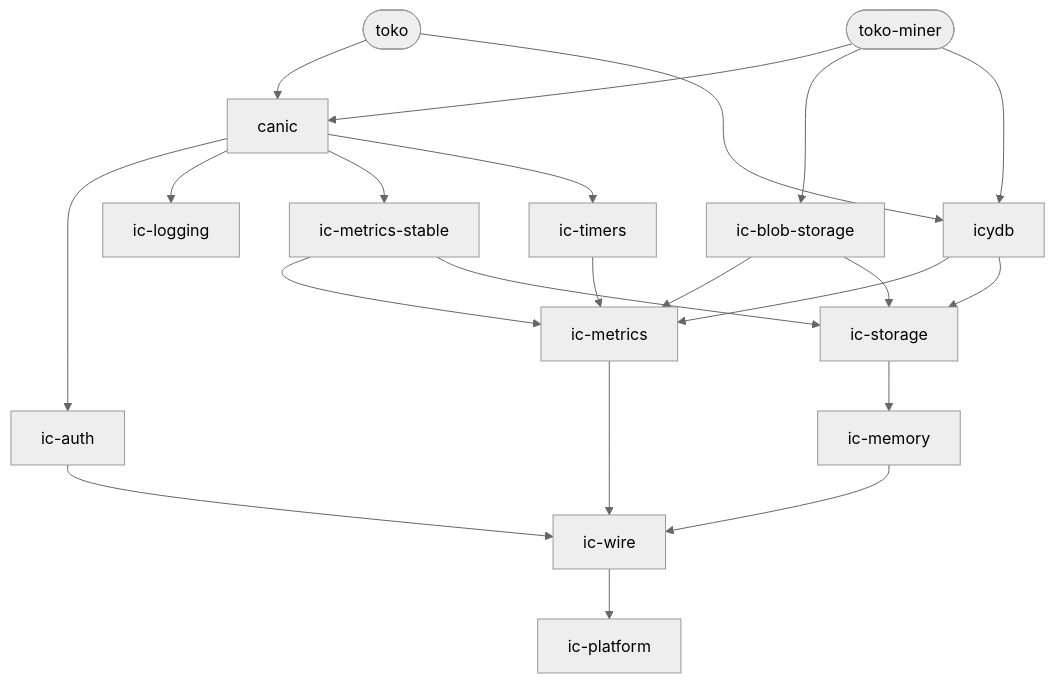
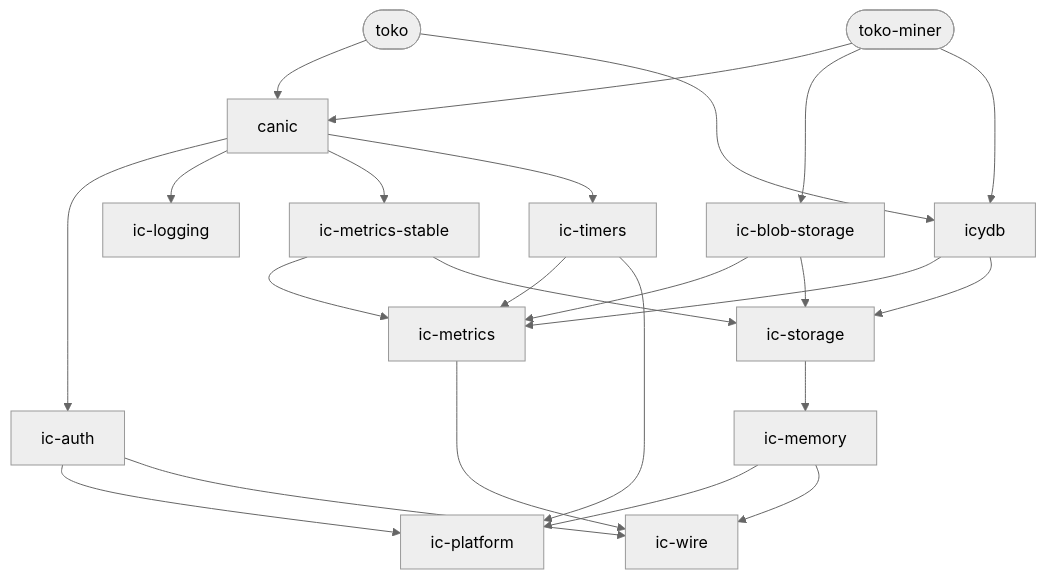
Before and after one commit to dragginzgame/shared-tooling: the diagram in README.md, drawn with Mermaid (neutral theme). The commit also changed 8 other files, not shown here.

````diff
--- a/README.md
+++ b/README.md
@@ -29,38 +29,40 @@
 ```mermaid
 flowchart TD
     p_app_3atoko(["toko"])
     p_app_3atoko_2dminer(["toko-miner"])
     p_canic_7ccargo_3acanic["canic"]
     p_ic_2dauth_7ccargo_3aic_2dauth["ic-auth"]
     p_ic_2dblob_2dstorage_7ccargo_3aic_2dblob_2dstorage["ic-blob-storage"]
     p_ic_2dobservability_7ccargo_3aic_2dlogging["ic-logging"]
     p_ic_2dobservability_7ccargo_3aic_2dmetrics["ic-metrics"]
     p_ic_2dpersistence_7ccargo_3aic_2dmemory["ic-memory"]
     p_ic_2dpersistence_7ccargo_3aic_2dmetrics_2dstable["ic-metrics-stable"]
     p_ic_2dpersistence_7ccargo_3aic_2dstorage["ic-storage"]
     p_ic_2dplatform_7ccargo_3aic_2dplatform["ic-platform"]
     p_ic_2dscheduling_7ccargo_3aic_2dtimers["ic-timers"]
     p_ic_2dwire_7ccargo_3aic_2dwire["ic-wire"]
     p_icydb_7ccargo_3aicydb["icydb"]
     p_app_3atoko --> p_canic_7ccargo_3acanic
     p_app_3atoko --> p_icydb_7ccargo_3aicydb
     p_app_3atoko_2dminer --> p_canic_7ccargo_3acanic
     p_app_3atoko_2dminer --> p_ic_2dblob_2dstorage_7ccargo_3aic_2dblob_2dstorage
     p_app_3atoko_2dminer --> p_icydb_7ccargo_3aicydb
     p_canic_7ccargo_3acanic --> p_ic_2dauth_7ccargo_3aic_2dauth
     p_canic_7ccargo_3acanic --> p_ic_2dobservability_7ccargo_3aic_2dlogging
     p_canic_7ccargo_3acanic --> p_ic_2dpersistence_7ccargo_3aic_2dmetrics_2dstable
     p_canic_7ccargo_3acanic --> p_ic_2dscheduling_7ccargo_3aic_2dtimers
+    p_ic_2dauth_7ccargo_3aic_2dauth --> p_ic_2dplatform_7ccargo_3aic_2dplatform
     p_ic_2dauth_7ccargo_3aic_2dauth --> p_ic_2dwire_7ccargo_3aic_2dwire
     p_ic_2dblob_2dstorage_7ccargo_3aic_2dblob_2dstorage --> p_ic_2dobservability_7ccargo_3aic_2dmetrics
     p_ic_2dblob_2dstorage_7ccargo_3aic_2dblob_2dstorage --> p_ic_2dpersistence_7ccargo_3aic_2dstorage
     p_ic_2dobservability_7ccargo_3aic_2dmetrics --> p_ic_2dwire_7ccargo_3aic_2dwire
+    p_ic_2dpersistence_7ccargo_3aic_2dmemory --> p_ic_2dplatform_7ccargo_3aic_2dplatform
     p_ic_2dpersistence_7ccargo_3aic_2dmemory --> p_ic_2dwire_7ccargo_3aic_2dwire
     p_ic_2dpersistence_7ccargo_3aic_2dmetrics_2dstable --> p_ic_2dobservability_7ccargo_3aic_2dmetrics
     p_ic_2dpersistence_7ccargo_3aic_2dmetrics_2dstable --> p_ic_2dpersistence_7ccargo_3aic_2dstorage
     p_ic_2dpersistence_7ccargo_3aic_2dstorage --> p_ic_2dpersistence_7ccargo_3aic_2dmemory
     p_ic_2dscheduling_7ccargo_3aic_2dtimers --> p_ic_2dobservability_7ccargo_3aic_2dmetrics
-    p_ic_2dwire_7ccargo_3aic_2dwire --> p_ic_2dplatform_7ccargo_3aic_2dplatform
+    p_ic_2dscheduling_7ccargo_3aic_2dtimers --> p_ic_2dplatform_7ccargo_3aic_2dplatform
     p_icydb_7ccargo_3aicydb --> p_ic_2dobservability_7ccargo_3aic_2dmetrics
     p_icydb_7ccargo_3aicydb --> p_ic_2dpersistence_7ccargo_3aic_2dstorage
 ```
````
